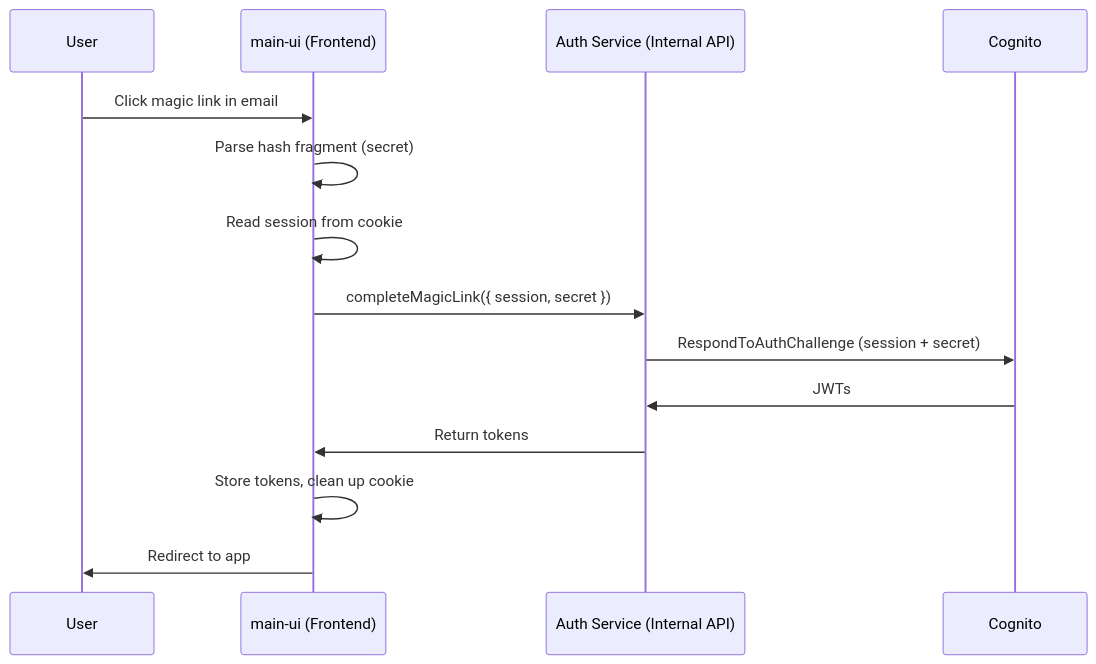
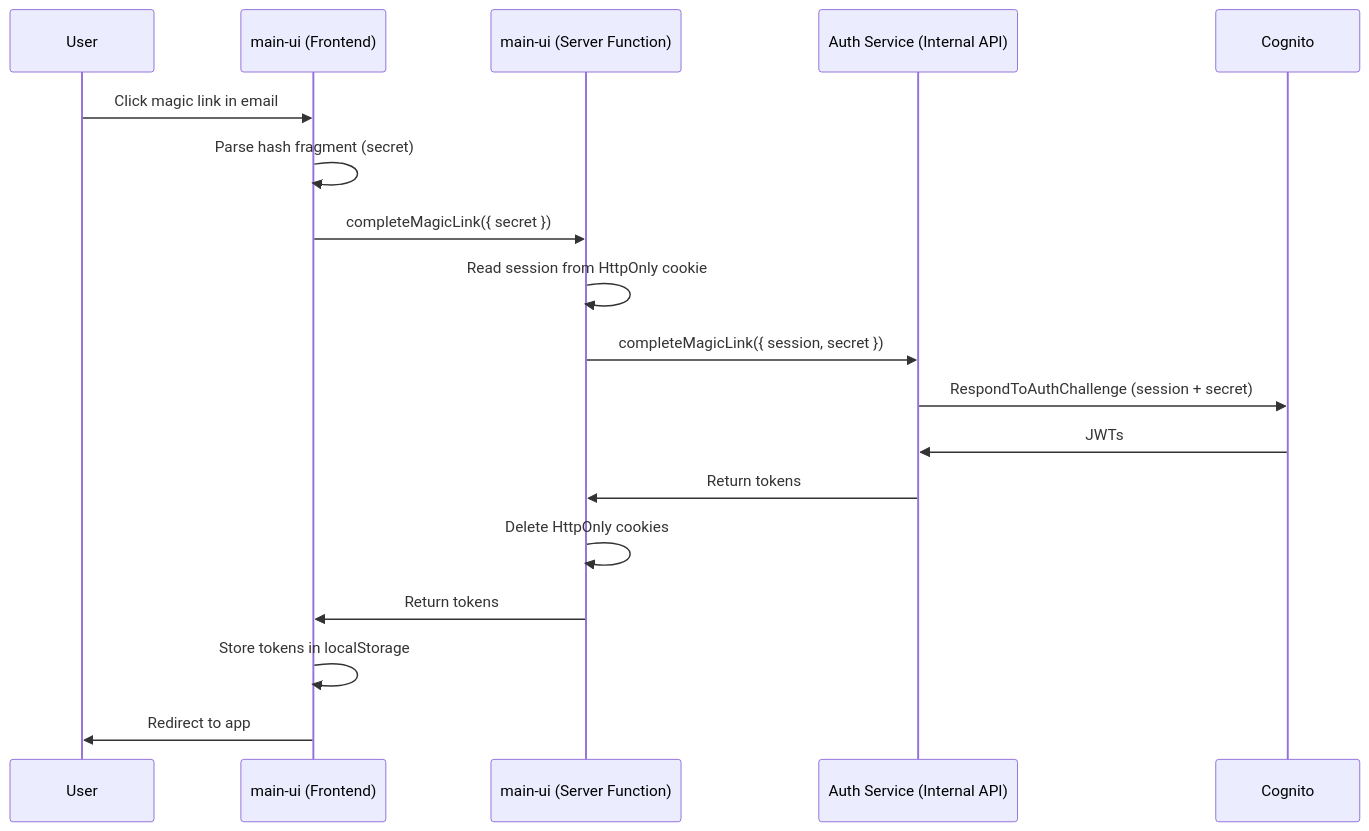
Before and after one commit to hoangnd25/monorepo: the first of 2 diagrams in docs/auth.md, drawn with Mermaid. The commit also changed other lines of this file and 12 other files, not shown here.

````diff
--- a/docs/auth.md
+++ b/docs/auth.md
@@ -490,17 +490,21 @@
 ```mermaid
 sequenceDiagram
     participant User
     participant MainUI as main-ui (Frontend)
+    participant ServerFn as main-ui (Server Function)
     participant AuthAPI as Auth Service (Internal API)
     participant Cognito
 
     User->>MainUI: Click magic link in email
     MainUI->>MainUI: Parse hash fragment (secret)
-    MainUI->>MainUI: Read session from cookie
-    MainUI->>AuthAPI: completeMagicLink({ session, secret })
+    MainUI->>ServerFn: completeMagicLink({ secret })
+    ServerFn->>ServerFn: Read session from HttpOnly cookie
+    ServerFn->>AuthAPI: completeMagicLink({ session, secret })
     AuthAPI->>Cognito: RespondToAuthChallenge (session + secret)
     Cognito->>AuthAPI: JWTs
-    AuthAPI->>MainUI: Return tokens
-    MainUI->>MainUI: Store tokens, clean up cookie
+    AuthAPI->>ServerFn: Return tokens
+    ServerFn->>ServerFn: Delete HttpOnly cookies
+    ServerFn->>MainUI: Return tokens
+    MainUI->>MainUI: Store tokens in localStorage
     MainUI->>User: Redirect to app
 ```
````
